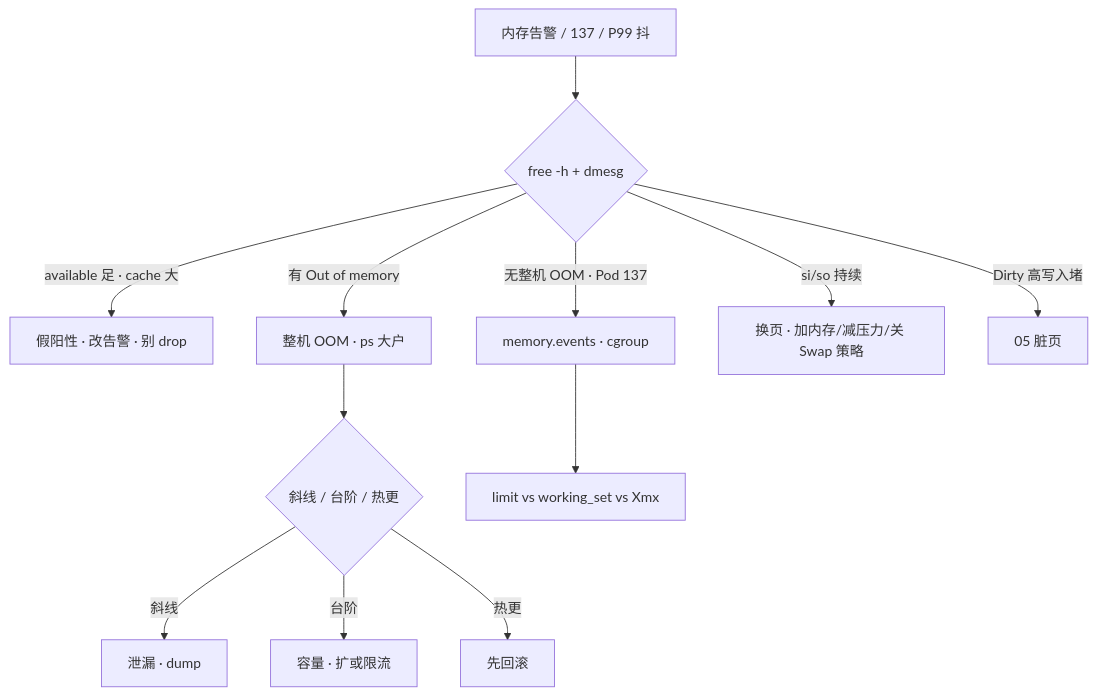
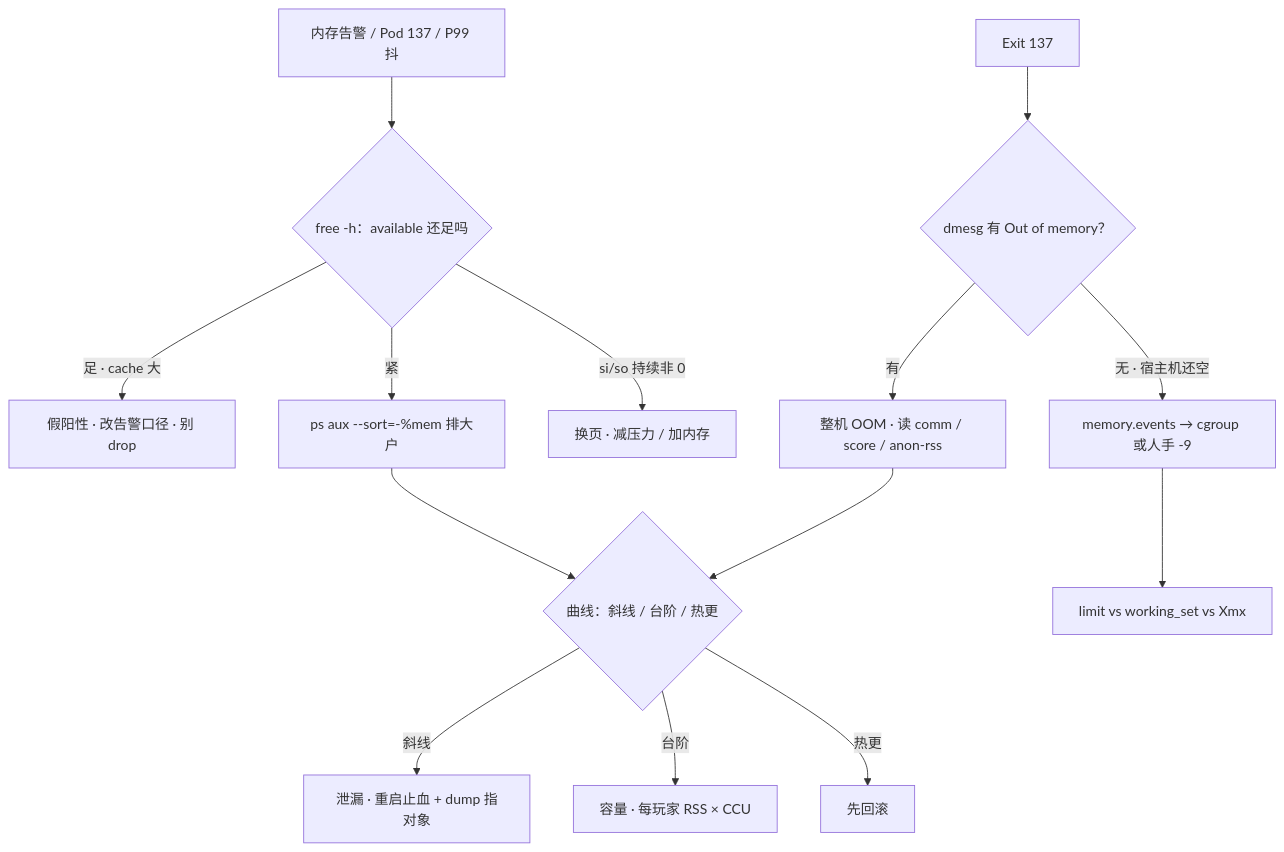
One commit to ml-cuizijun/LearnToLilith changed the seventh of 7 diagrams in 01-基础底座/07-内存与OOM/知识点.md. Above: the diagram before and after it, drawn with Mermaid. The commit also changed other lines of this file and 470 other files, not shown here.

````diff
--- a/01-基础底座/07-内存与OOM/知识点.md
+++ b/01-基础底座/07-内存与OOM/知识点.md
@@ -964,14 +407,16 @@
 ```mermaid
 flowchart TB
-    A["内存告警 / 137 / P99 抖"] --> B{"free -h + dmesg"}
-    B -->|available 足 · cache 大| C["假阳性 · 改告警 · 别 drop"]
-    B -->|有 Out of memory| D["整机 OOM · ps 大户"]
-    B -->|无整机 OOM · Pod 137| E["memory.events · cgroup"]
-    B -->|si/so 持续| F["换页 · 加内存/减压力/关 Swap 策略"]
-    B -->|Dirty 高写入堵| G["05 脏页"]
-    D --> H{"斜线 / 台阶 / 热更"}
-    H -->|斜线| I["泄漏 · dump"]
-    H -->|台阶| J["容量 · 扩或限流"]
+    A["内存告警 / Pod 137 / P99 抖"] --> B{"free -h：available 还足吗"}
+    B -->|足 · cache 大| C["假阳性 · 改告警口径 · 别 drop"]
+    B -->|紧| D["ps aux --sort=-%mem 排大户"]
+    B -->|si/so 持续非 0| M["换页 · 减压力 / 加内存"]
+    A2["Exit 137"] --> E{"dmesg 有 Out of memory？"}
+    E -->|有| F["整机 OOM · 读 comm / score / anon-rss"]
+    E -->|无 · 宿主机还空| G["memory.events → cgroup 或人手 -9"]
+    F --> H{"曲线：斜线 / 台阶 / 热更"}
+    H -->|斜线| I["泄漏 · 重启止血 + dump 指对象"]
+    H -->|台阶| J["容量 · 每玩家 RSS × CCU"]
     H -->|热更| K["先回滚"]
-    E --> L["limit vs working_set vs Xmx"]
+    G --> L["limit vs working_set vs Xmx"]
+    D --> H
 ```
````
